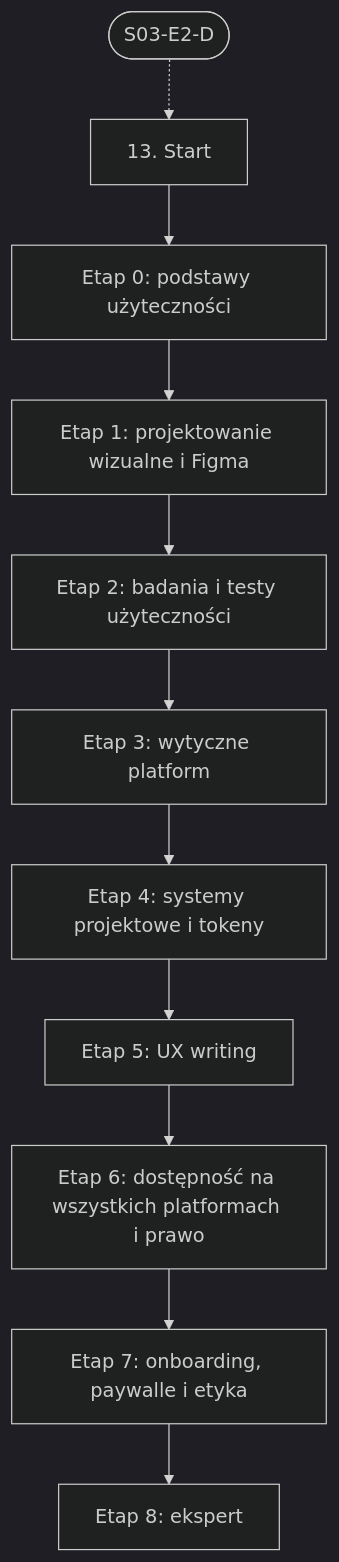
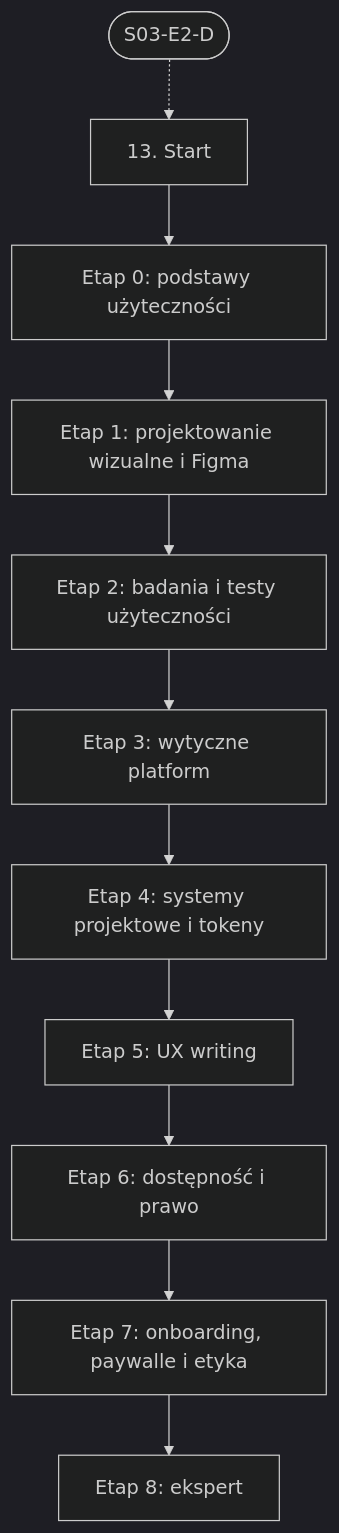
One commit to danjarosz/software-development-learning-path changed the diagram in linear/13-ui-ux.md. Above: the diagram before and after it, drawn with Mermaid (dark theme). The commit also changed other lines of this file and 65 other files, not shown here.

First line of the commit message:
feat: popraw ścieżki nauki po przeglądzie i dodaj NestJS, FastAPI i GraphQL

````diff
--- a/linear/13-ui-ux.md
+++ b/linear/13-ui-ux.md
@@ -90,23 +86,23 @@
 ```mermaid
 flowchart TD
   START["13. Start"]
   E0["Etap 0: podstawy użyteczności"]
   E1["Etap 1: projektowanie wizualne i Figma"]
   E2["Etap 2: badania i testy użyteczności"]
   E3["Etap 3: wytyczne platform"]
   E4["Etap 4: systemy projektowe i tokeny"]
   E5["Etap 5: UX writing"]
-  E6["Etap 6: dostępność na wszystkich platformach i prawo"]
+  E6["Etap 6: dostępność i prawo"]
   E7["Etap 7: onboarding, paywalle i etyka"]
   E8["Etap 8: ekspert"]
   START --> E0
   E0 --> E1
   E1 --> E2
   E2 --> E3
   E3 --> E4
   E4 --> E5
   E5 --> E6
   E6 --> E7
   E7 --> E8
   XS03E2D(["S03-E2-D"]) -.-> START
 ```
````
